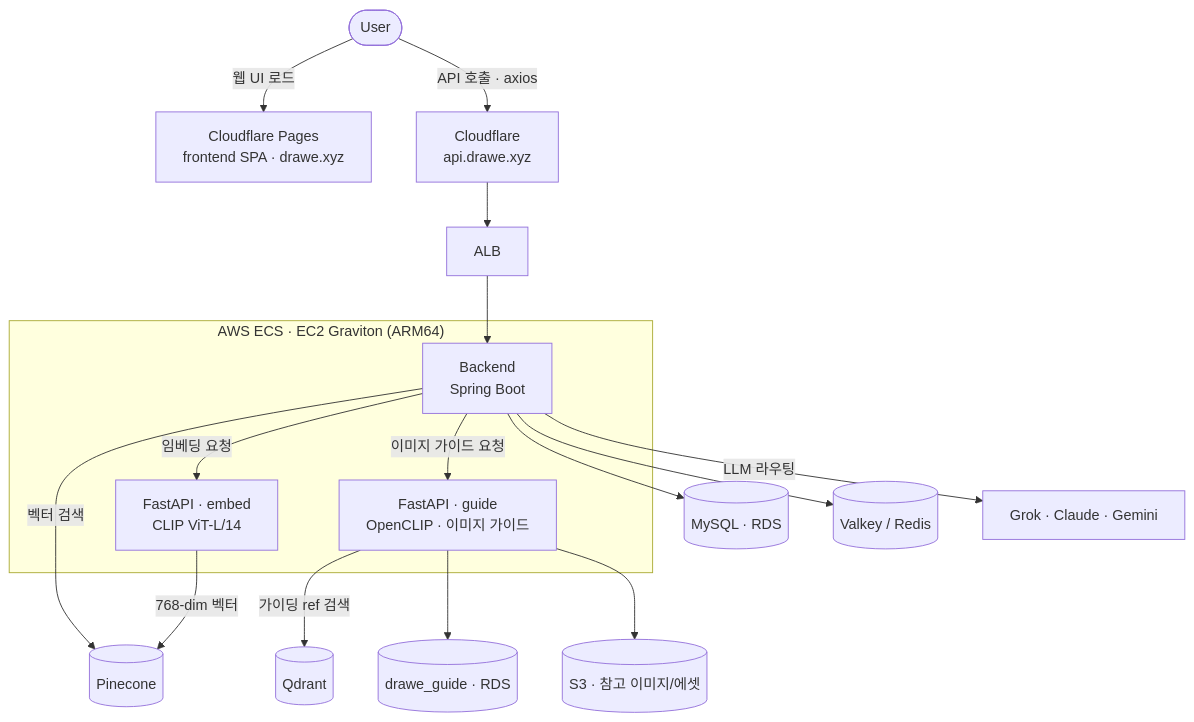
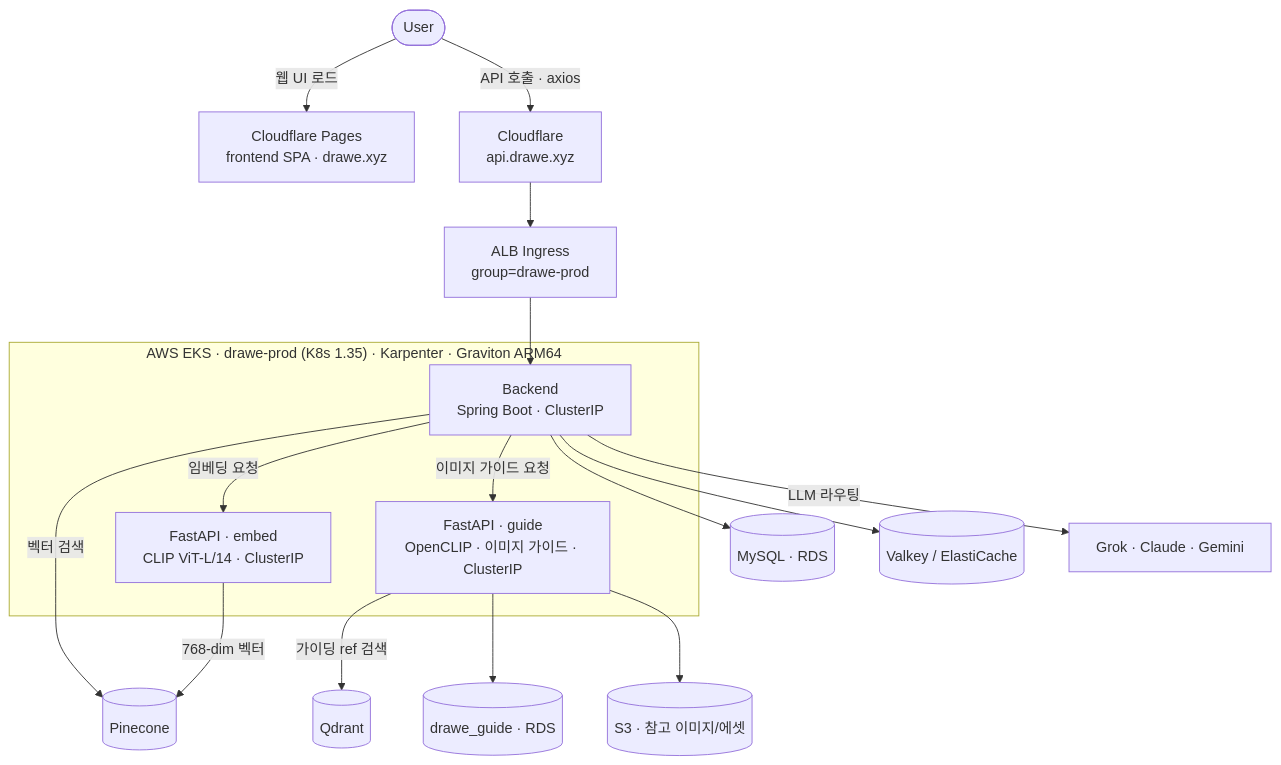
One commit to DraWeTeam/drawe changed the diagram in README.md. Above: the diagram before and after it, drawn with Mermaid. The commit also changed other lines of this file and 3 other files, not shown here.

````diff
--- a/README.md
+++ b/README.md
@@ -74,24 +74,24 @@
 ```mermaid
 flowchart TD
   U([User]) -->|웹 UI 로드| CF[Cloudflare Pages<br/>frontend SPA · drawe.xyz]
   U -->|API 호출 · axios| CFP[Cloudflare<br/>api.drawe.xyz]
-  CFP --> ALB[ALB]
+  CFP --> ALB[ALB Ingress<br/>group=drawe-prod]
   ALB --> BE
 
-  subgraph ECS["AWS ECS · EC2 Graviton (ARM64)"]
-    BE[Backend<br/>Spring Boot]
-    FA[FastAPI · embed<br/>CLIP ViT-L/14]
-    GA[FastAPI · guide<br/>OpenCLIP · 이미지 가이드]
+  subgraph EKS["AWS EKS · drawe-prod (K8s 1.35) · Karpenter · Graviton ARM64"]
+    BE[Backend<br/>Spring Boot · ClusterIP]
+    FA[FastAPI · embed<br/>CLIP ViT-L/14 · ClusterIP]
+    GA[FastAPI · guide<br/>OpenCLIP · 이미지 가이드 · ClusterIP]
   end
 
   BE --> DB[(MySQL · RDS)]
-  BE --> RC[(Valkey / Redis)]
+  BE --> RC[(Valkey / ElastiCache)]
   BE -->|임베딩 요청| FA
   BE -->|이미지 가이드 요청| GA
   BE -->|벡터 검색| PC[(Pinecone)]
   BE -->|LLM 라우팅| LLM[Grok · Claude · Gemini]
   FA -->|768-dim 벡터| PC
   GA -->|가이딩 ref 검색| QD[(Qdrant)]
   GA --> GDB[(drawe_guide · RDS)]
   GA --> S3[(S3 · 참고 이미지/에셋)]
 ```
````
